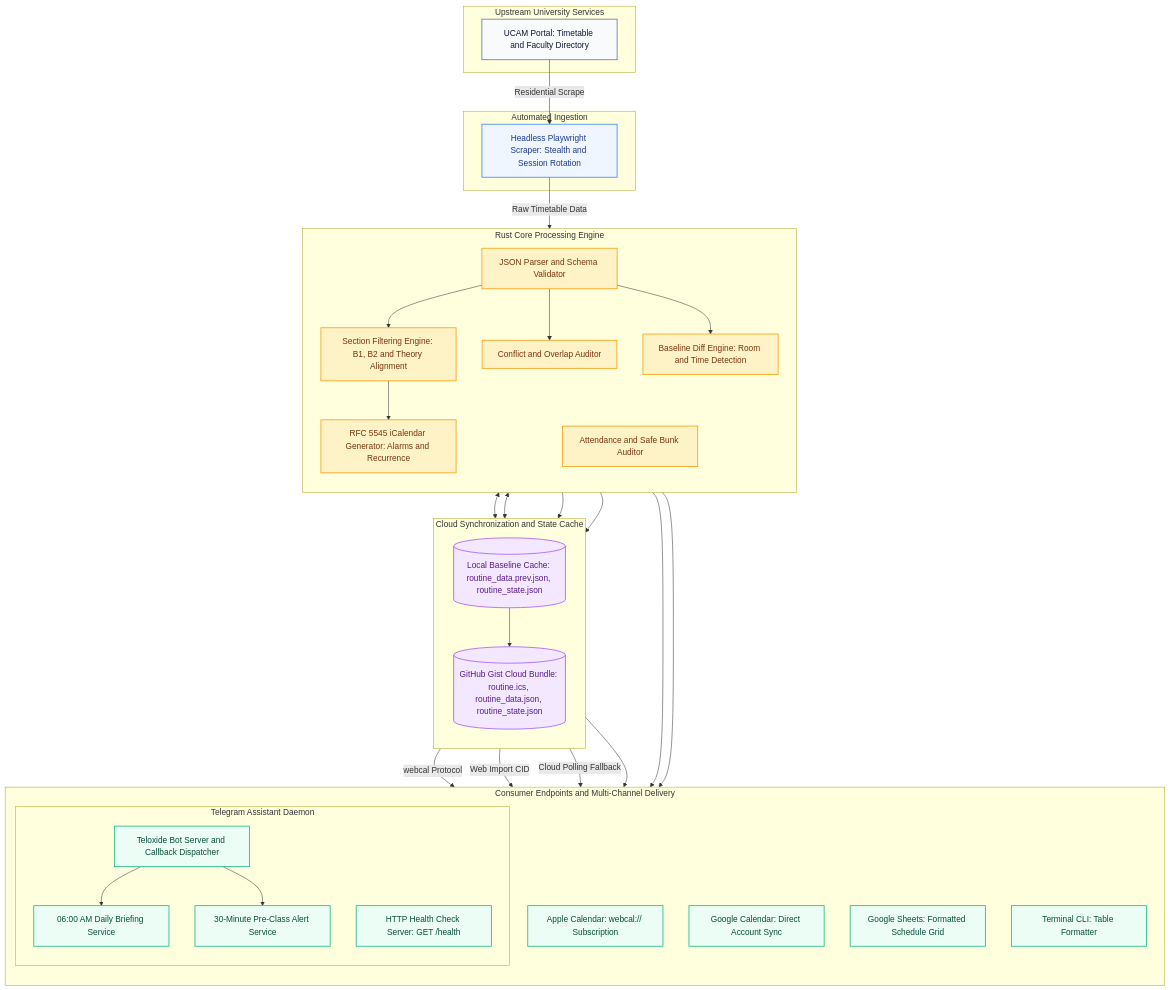
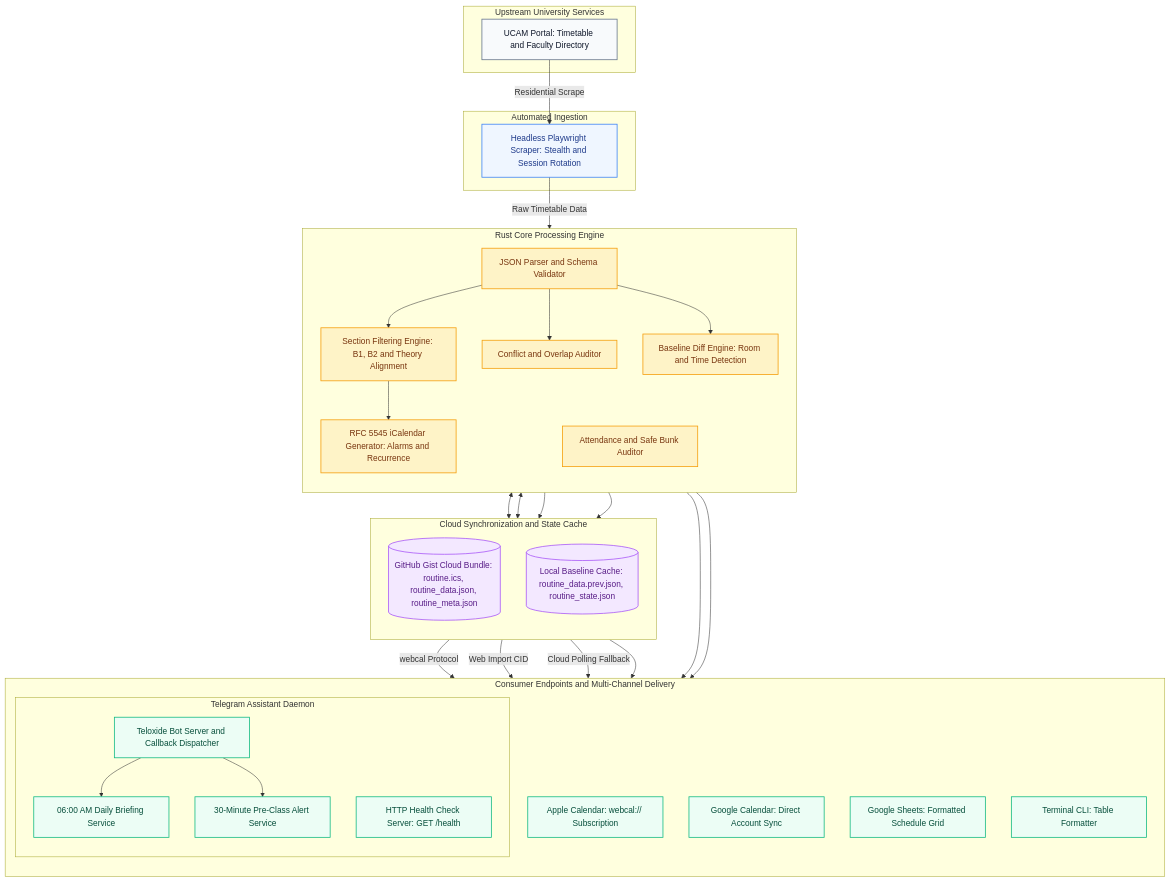
The diagram in README.md (zaheen4/academic-routine), drawn with Mermaid before and after one commit. The commit also changed other lines of this file and 7 other files, not shown here.

Commit message:
chore: propagate gist metadata errors, unique ICS temp, sharing next_daily_time, docs

````diff
--- a/README.md
+++ b/README.md
@@ -25,71 +25,70 @@
 ```mermaid
 flowchart TD
     classDef source fill:#f8fafc,stroke:#64748b,stroke-width:1.5px,color:#0f172a;
     classDef scraper fill:#eff6ff,stroke:#3b82f6,stroke-width:1.5px,color:#1e3a8a;
     classDef core fill:#fef3c7,stroke:#f59e0b,stroke-width:1.5px,color:#78350f;
     classDef cloud fill:#f3e8ff,stroke:#a855f7,stroke-width:1.5px,color:#581c87;
     classDef client fill:#ecfdf5,stroke:#10b981,stroke-width:1.5px,color:#064e3b;
 
     subgraph Sources ["Upstream University Services"]
         UCAM["UCAM Portal: Timetable and Faculty Directory"]:::source
     end
 
     subgraph Scraping ["Automated Ingestion"]
         Worker["Headless Playwright Scraper: Stealth and Session Rotation"]:::scraper
     end
 
     subgraph Engine ["Rust Core Processing Engine"]
         direction TB
         Parser["JSON Parser and Schema Validator"]:::core
         DiffEngine["Baseline Diff Engine: Room and Time Detection"]:::core
         SectionFilter["Section Filtering Engine: B1, B2 and Theory Alignment"]:::core
         ConflictAuditor["Conflict and Overlap Auditor"]:::core
         AttendanceAuditor["Attendance and Safe Bunk Auditor"]:::core
         ICalGenerator["RFC 5545 iCalendar Generator: Alarms and Recurrence"]:::core
     end
 
     subgraph SyncLayer ["Cloud Synchronization and State Cache"]
         direction TB
-        GistBundle[("GitHub Gist Cloud Bundle: routine.ics, routine_data.json, routine_state.json")]:::cloud
+        GistBundle[("GitHub Gist Cloud Bundle: routine.ics, routine_data.json, routine_meta.json")]:::cloud
         LocalState[("Local Baseline Cache: routine_data.prev.json, routine_state.json")]:::cloud
     end
 
     subgraph Delivery ["Consumer Endpoints and Multi-Channel Delivery"]
         direction TB
         subgraph TelegramDaemon ["Telegram Assistant Daemon"]
             TGBot["Teloxide Bot Server and Callback Dispatcher"]:::client
             MorningBriefings["06:00 AM Daily Briefing Service"]:::client
             PreclassAlerts["30-Minute Pre-Class Alert Service"]:::client
             HealthServer["HTTP Health Check Server: GET /health"]:::client
         end
         AppleCal["Apple Calendar: webcal:// Subscription"]:::client
         GoogleCal["Google Calendar: Direct Account Sync"]:::client
         GSheet["Google Sheets: Formatted Schedule Grid"]:::client
         TerminalCLI["Terminal CLI: Table Formatter"]:::client
     end
 
     UCAM -->|Residential Scrape| Worker
     Worker -->|Raw Timetable Data| Parser
 
     Parser --> SectionFilter
     Parser --> ConflictAuditor
     Parser --> DiffEngine
     DiffEngine <--> LocalState
     AttendanceAuditor <--> LocalState
 
     SectionFilter --> ICalGenerator
     ICalGenerator --> GistBundle
     Parser --> GistBundle
-    LocalState --> GistBundle
 
     GistBundle -->|webcal Protocol| AppleCal
     GistBundle -->|Web Import CID| GoogleCal
     GistBundle -->|Cloud Polling Fallback| TGBot
     LocalState --> TGBot
 
     TGBot --> MorningBriefings
     TGBot --> PreclassAlerts
 
     SectionFilter --> GSheet
     SectionFilter --> TerminalCLI
 ```
````
